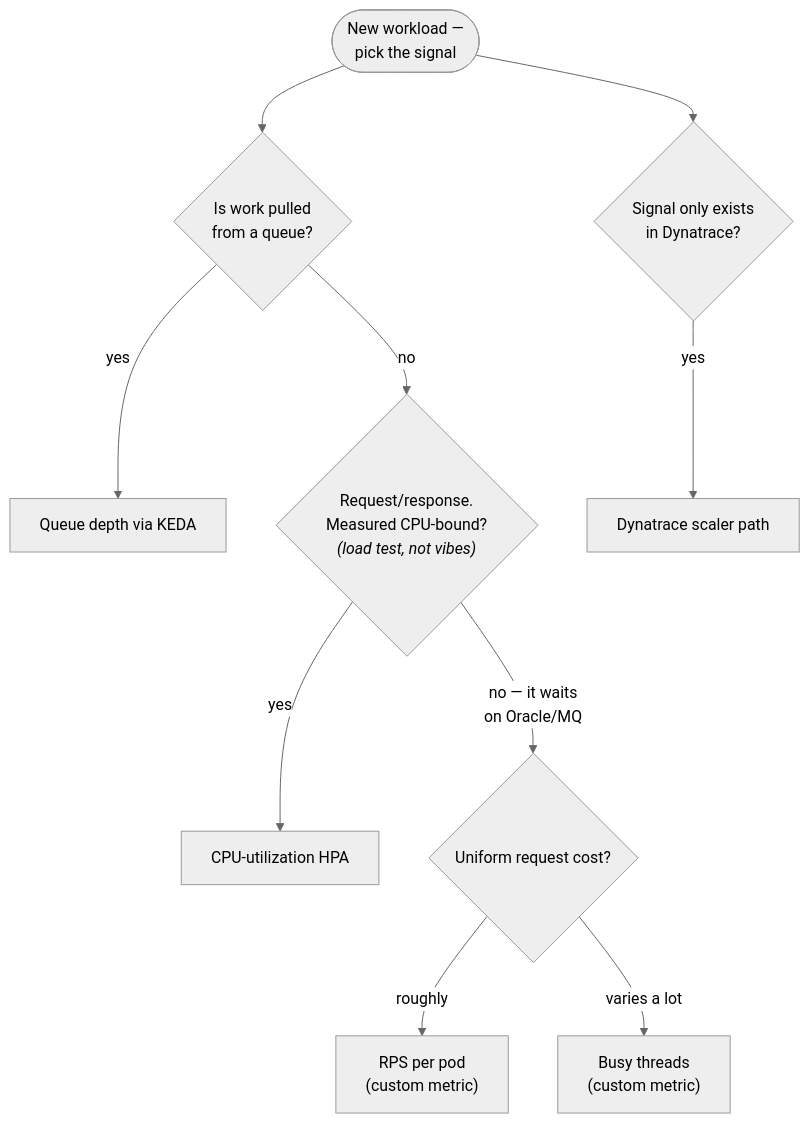
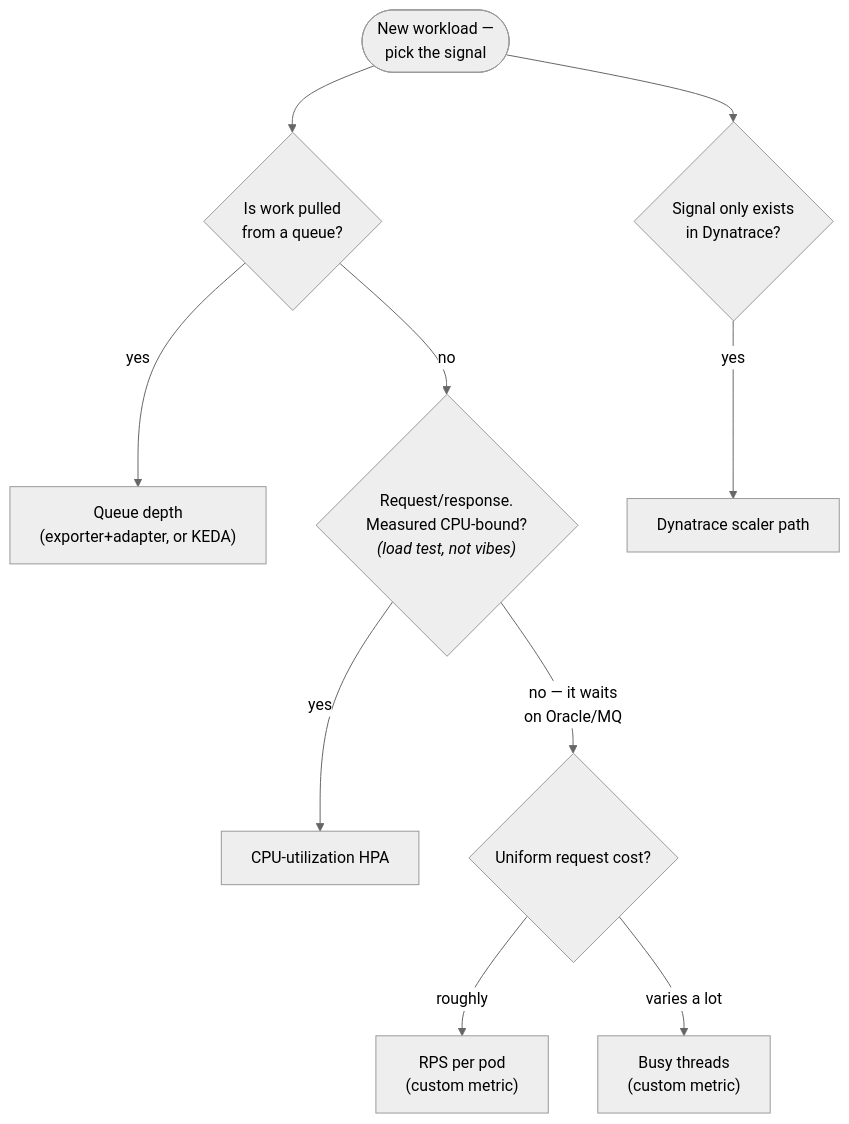
One commit to jamiegunn/k8s_soup_to_nuts changed the diagram in src/content/docs/autoscaling/signals-catalog.md. Above: the diagram before and after it, drawn with Mermaid (neutral theme). The commit also changed other lines of this file and 19 other files, not shown here.

````diff
--- a/src/content/docs/autoscaling/signals-catalog.md
+++ b/src/content/docs/autoscaling/signals-catalog.md
@@ -165,17 +165,17 @@
 ```mermaid
 flowchart TD
     START(["New workload —<br/>pick the signal"]) --> Q1{"Is work pulled<br/>from a queue?"}
-    Q1 -->|yes| QD["Queue depth via KEDA"]
+    Q1 -->|yes| QD["Queue depth<br/>(exporter+adapter, or KEDA)"]
     Q1 -->|no| Q2{"Request/response.<br/>Measured CPU-bound?<br/><i>(load test, not vibes)</i>"}
     Q2 -->|yes| CPU["CPU-utilization HPA"]
     Q2 -->|"no — it waits<br/>on Oracle/MQ"| Q3{"Uniform request cost?"}
     Q3 -->|roughly| RPS["RPS per pod<br/>(custom metric)"]
     Q3 -->|"varies a lot"| THR["Busy threads<br/>(custom metric)"]
     START --> Q4{"Signal only exists<br/>in Dynatrace?"}
     Q4 -->|yes| DT["Dynatrace scaler path"]
     click QD "../messaging-consumers/"
     click CPU "../rest-api-oracle/"
     click RPS "../getting-the-metrics/"
     click THR "../spring-boot-scaling/"
     click DT "../dynatrace-signals/"
 ```
````
